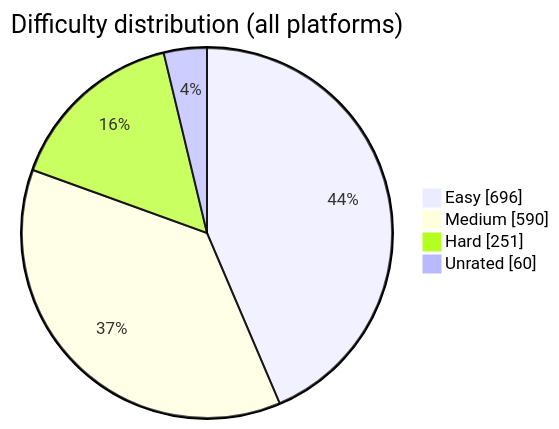
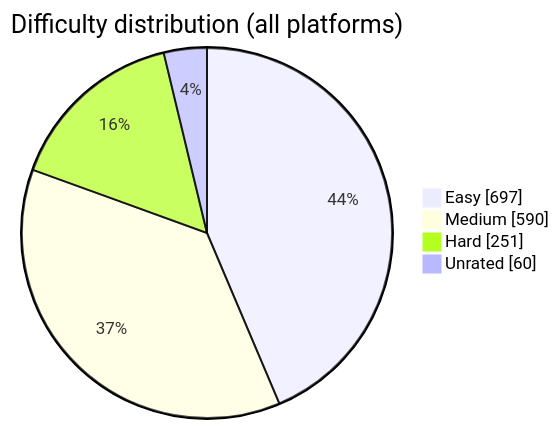
Before and after one commit to BuildbyArindam/Daily-Coding-Log: the diagram in README.md, drawn with Mermaid. The commit also changed other lines of this file, not shown here.

````diff
--- a/README.md
+++ b/README.md
@@ -93,7 +93,7 @@
 ```mermaid
 pie showData title Difficulty distribution (all platforms)
-    "Easy" : 696
+    "Easy" : 697
     "Medium" : 590
     "Hard" : 251
     "Unrated" : 60
 ```
````
